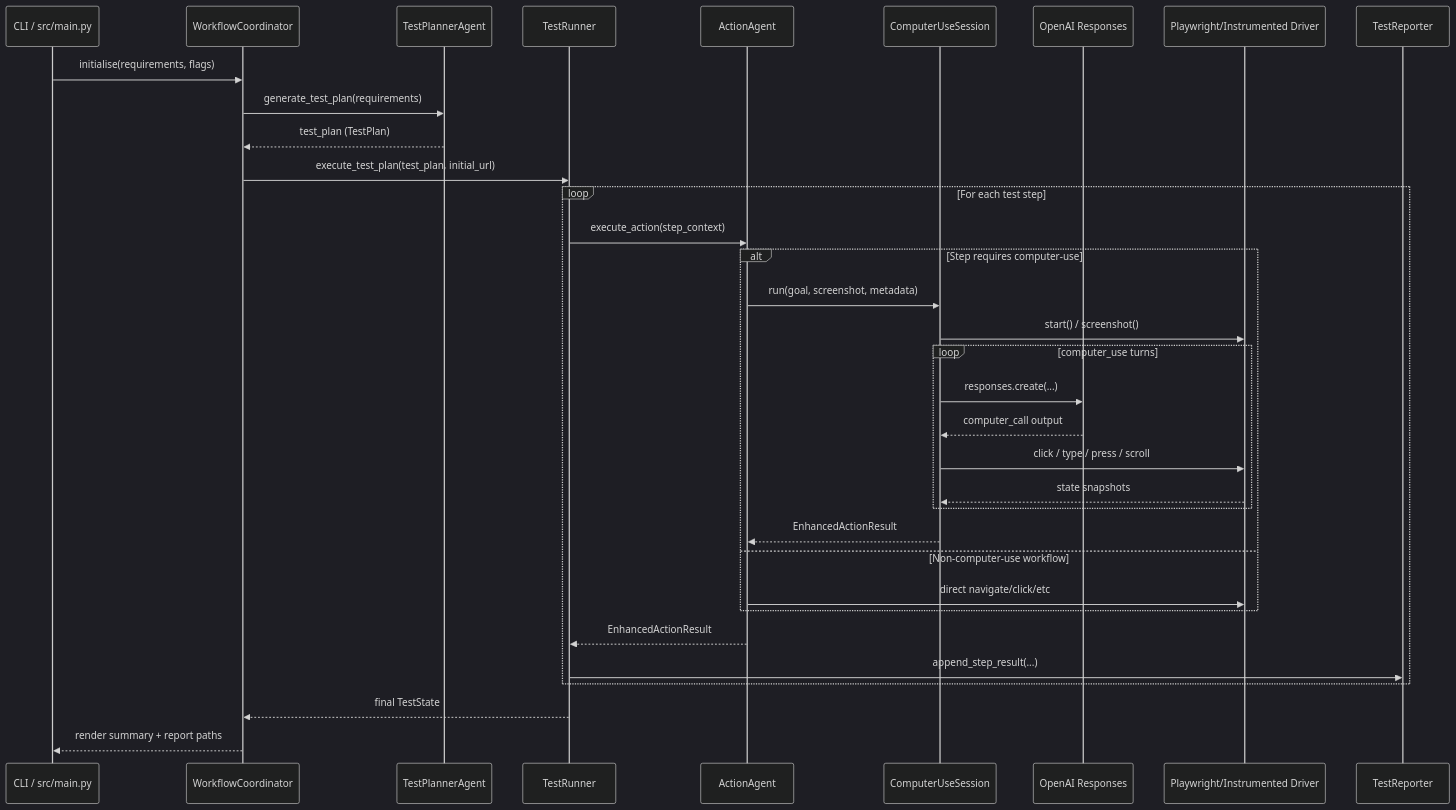
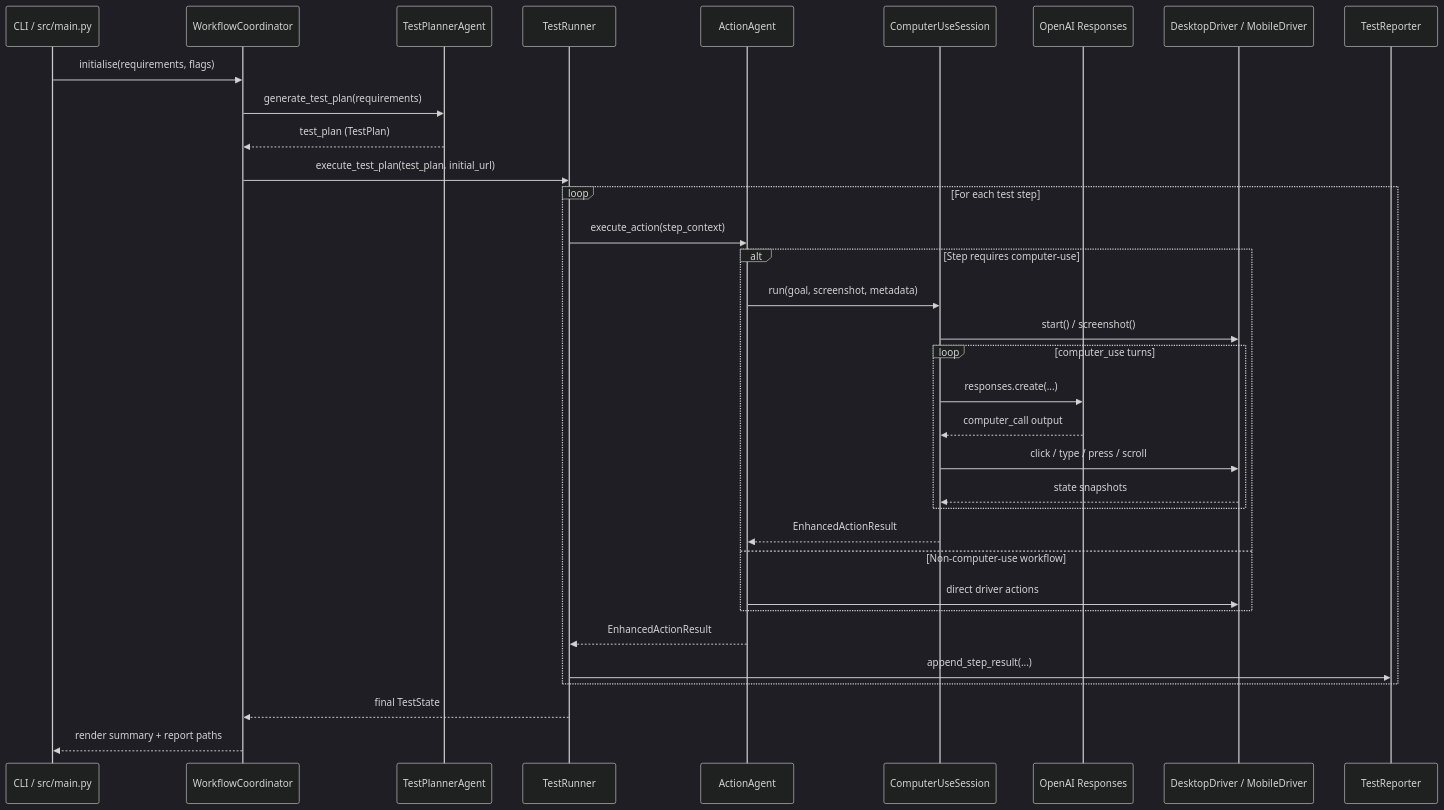
Before and after one commit to Haindy/haindy: the second of 3 diagrams in docs/design/HAINDY_SYSTEM_ARCHITECTURE.md, drawn with Mermaid (dark theme). The commit also changed other lines of this file and 2 other files, not shown here.

Commit message:
Remove stale Playwright setup documentation

````diff
--- a/docs/design/HAINDY_SYSTEM_ARCHITECTURE.md
+++ b/docs/design/HAINDY_SYSTEM_ARCHITECTURE.md
@@ -57,37 +63,37 @@
 ```mermaid
 sequenceDiagram
     participant CLI as CLI / src/main.py
     participant Coord as WorkflowCoordinator
     participant Planner as TestPlannerAgent
     participant Runner as TestRunner
     participant Action as ActionAgent
     participant CU as ComputerUseSession
     participant API as OpenAI Responses
-    participant Browser as Playwright/Instrumented Driver
+    participant Driver as DesktopDriver / MobileDriver
     participant Reporter as TestReporter
 
     CLI->>Coord: initialise(requirements, flags)
     Coord->>Planner: generate_test_plan(requirements)
     Planner-->>Coord: test_plan (TestPlan)
     Coord->>Runner: execute_test_plan(test_plan, initial_url)
     loop For each test step
         Runner->>Action: execute_action(step_context)
         alt Step requires computer-use
             Action->>CU: run(goal, screenshot, metadata)
-            CU->>Browser: start() / screenshot()
+            CU->>Driver: start() / screenshot()
             loop computer_use turns
                 CU->>API: responses.create(...)
                 API-->>CU: computer_call output
-                CU->>Browser: click / type / press / scroll
-                Browser-->>CU: state snapshots
+                CU->>Driver: click / type / press / scroll
+                Driver-->>CU: state snapshots
             end
             CU-->>Action: EnhancedActionResult
         else Non-computer-use workflow
-            Action->>Browser: direct navigate/click/etc
+            Action->>Driver: direct driver actions
         end
         Action-->>Runner: EnhancedActionResult
         Runner->>Reporter: append_step_result(...)
     end
     Runner-->>Coord: final TestState
     Coord-->>CLI: render summary + report paths
 ```
````
